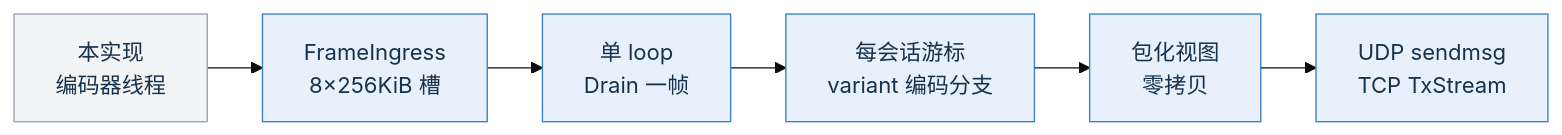
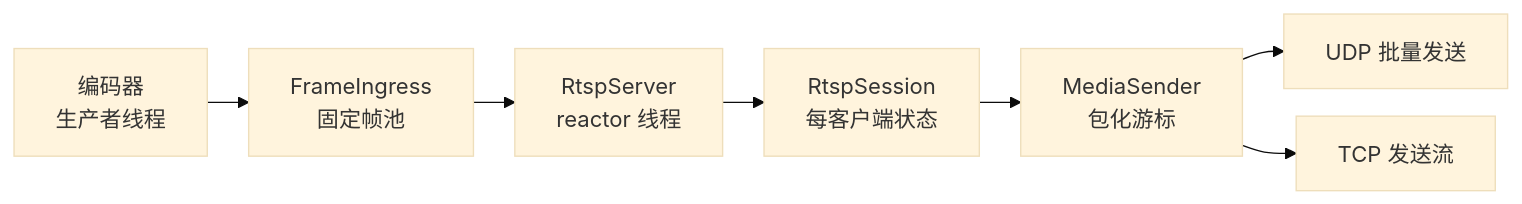
The diagram in docs/blogs/01-rtsp-server-design-and-phz76-comparison.md (DeguiLiu/osp-rtspserver), drawn with Mermaid before and after one commit. The commit also changed other lines of this file and 9 other files, not shown here.

````diff
--- a/docs/blogs/01-rtsp-server-design-and-phz76-comparison.md
+++ b/docs/blogs/01-rtsp-server-design-and-phz76-comparison.md
@@ -62,12 +25,10 @@
 ```mermaid
-%%{init: {'theme':'base','flowchart':{'nodeSpacing':24,'rankSpacing':40}}}%%
+%%{init: {'theme':'base','flowchart':{'nodeSpacing':20,'rankSpacing':30}}}%%
 flowchart LR
-  B0["本实现<br/>编码器线程"]:::row --> B1["FrameIngress<br/>8×256KiB 槽"]:::user
-  B1 --> B2["单 loop<br/>Drain 一帧"]:::user
-  B2 --> B3["每会话游标<br/>variant 编码分支"]:::user
-  B3 --> B4["包化视图<br/>零拷贝"]:::user
-  B4 --> B5["UDP sendmsg<br/>TCP TxStream"]:::user
-
-  classDef row fill:#F3F4F6,stroke:#9AA4B2,color:#17324D
-  classDef user fill:#E8F1FB,stroke:#3B82C4,color:#17324D
+  A["编码器<br/>生产者线程"] --> B["FrameIngress<br/>固定帧池"]
+  B --> C["RtspServer<br/>reactor 线程"]
+  C --> D["RtspSession<br/>每客户端状态"]
+  D --> E["MediaSender<br/>包化游标"]
+  E --> F["UDP 批量发送"]
+  E --> G["TCP 发送流"]
 ```
````
